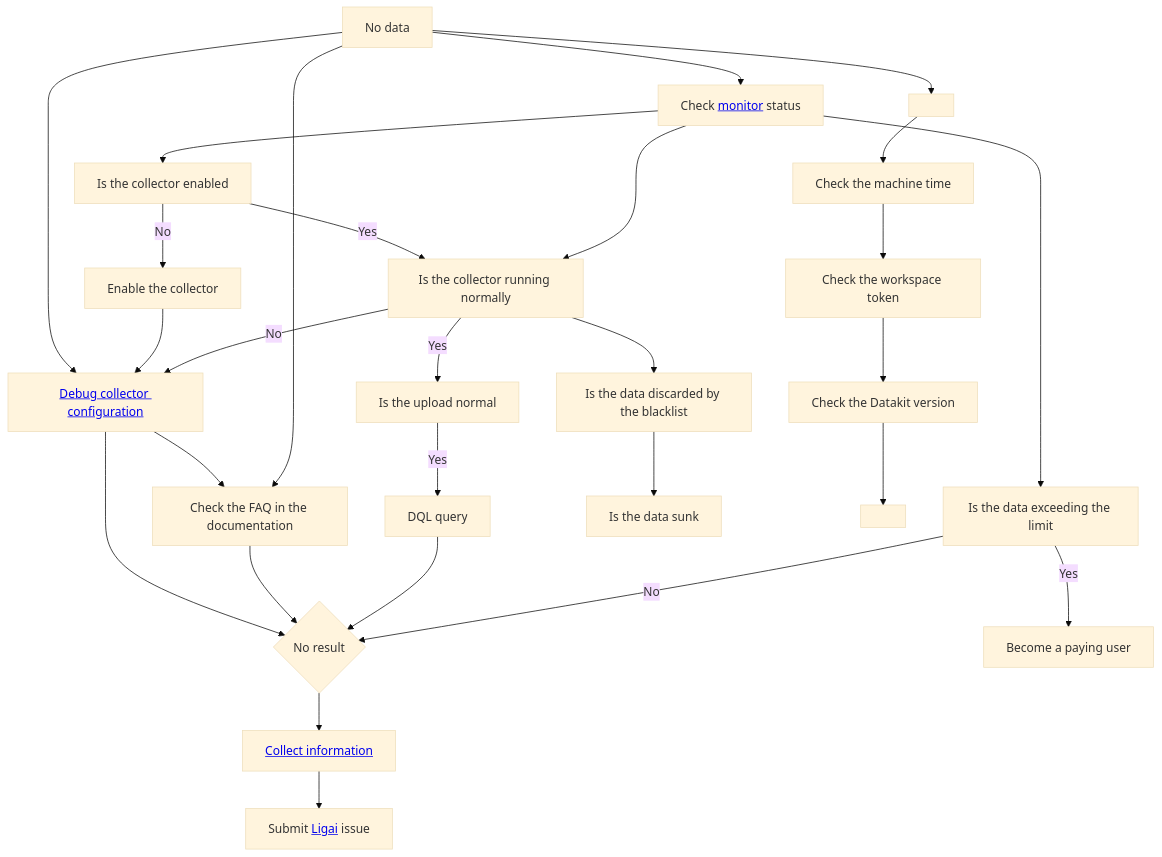
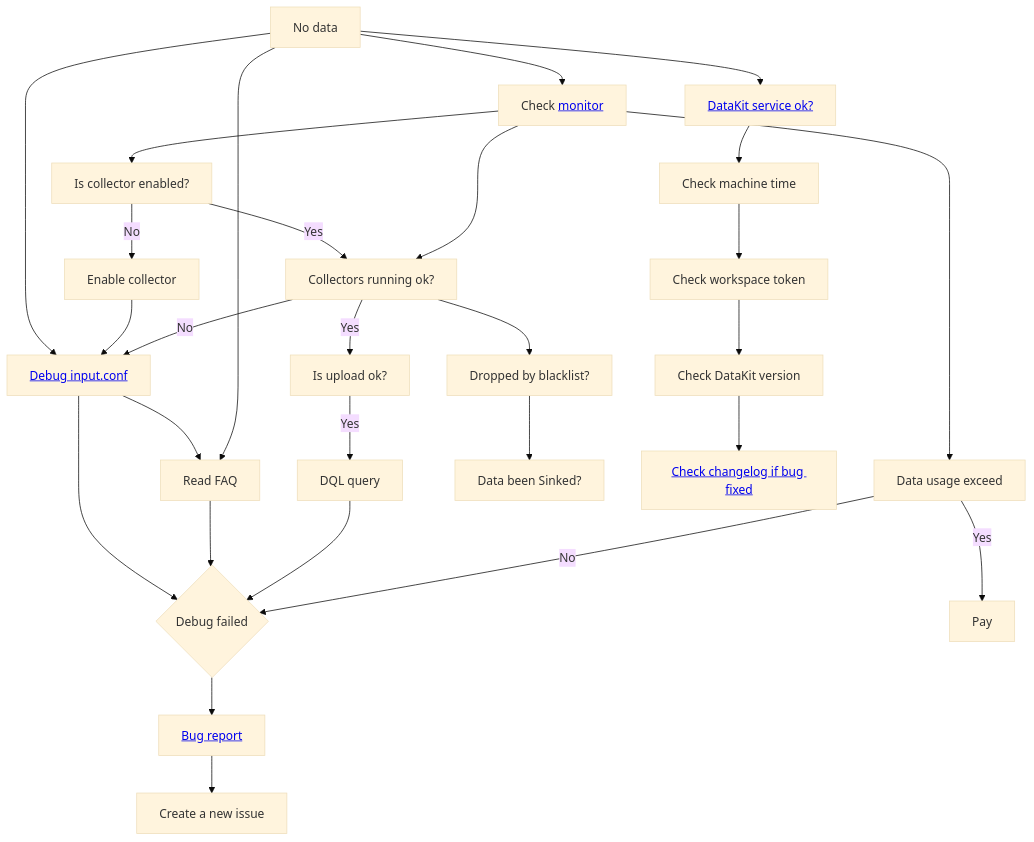
Before and after one commit to GuanceCloud/datakit: the diagram in internal/export/doc/en/why-no-data.md, drawn with Mermaid (base theme). The commit also changed other lines of this file and 325 other files, not shown here.

````diff
--- a/internal/export/doc/en/why-no-data.md
+++ b/internal/export/doc/en/why-no-data.md
@@ -571,50 +571,50 @@
 ``` mermaid
 graph TD
   %% node definitions
   no_data[No data];
-  debug_fail{No result};
-  monitor[Check <a href='https://docs.<<<custom_key.brand_main_domain>>>/datakit/datakit-monitor/'>monitor</a>  status];
-  debug_input[<a href='https://docs.<<<custom_key.brand_main_domain>>>/datakit/why-no-data/#check-input-conf'>Debug collector configuration</a>];
-  read_faq[Check the FAQ in the documentation];
+  debug_fail{Debug failed};
+  monitor[Check <a href='https://docs.<<<custom_key.brand_main_domain>>>/datakit/datakit-monitor/'>monitor</a>];
+  debug_input[<a href='https://docs.<<<custom_key.brand_main_domain>>>/datakit/why-no-data/#check-input-conf'>Debug input.conf</a>];
+  read_faq[Read FAQ];
   dql[DQL query];
-  beyond_usage[Is the data exceeding the limit];
-  pay[Become a paying user];
-  filtered[Is the data discarded by the blacklist];
-  sinked[Is the data sunk];
-  check_time[Check the machine time];
-  check_token[Check the workspace token];
-  check_version[Check the Datakit version];
-  dk_service_ok[<a href='https://docs.<<<custom_key.brand_main_domain>>>/datakit/datakit-service-how-to/&#39;&gt;Is the Datakit service running normally</a>];
-  check_changelog[<a href='https://docs.<<<custom_key.brand_main_domain>>>/datakit/changelog&#39;&gt;Check if the issue has been fixed in the changelog</a>];
-  is_input_ok[Is the collector running normally];
-  is_input_enabled[Is the collector enabled];
-  enable_input[Enable the collector];
-  dataway_upload_ok[Is the upload normal];
-  ligai[Submit <a href='https://ligai.cn/'>Ligai</a>  issue];
+  beyond_usage[Data usage exceed];
+  pay[Pay];
+  filtered[Dropped by blacklist?];
+  sinked[Data been Sinked?];
+  check_time[Check machine time];
+  check_token[Check workspace token];
+  check_version[Check DataKit version];
+  dk_service_ok[<a href='https://docs.<<<custom_key.brand_main_domain>>>/datakit/datakit-service-how-to/'>DataKit service ok?</a>];
+  check_changelog[<a href='https://docs.<<<custom_key.brand_main_domain>>>/datakit/changelog'>Check changelog if bug fixed</a>];
+  is_input_ok[Collectors running ok?];
+  is_input_enabled[Is collector enabled?];
+  enable_input[Enable collector];
+  dataway_upload_ok[Is upload ok?];
+  iss[Create a new issue];
 
   no_data --> dk_service_ok --> check_time --> check_token --> check_version --> check_changelog;
 
   no_data --> monitor;
   no_data --> debug_input --> debug_fail;
   debug_input --> read_faq;
   no_data --> read_faq --> debug_fail;
   dql --> debug_fail;
 
   monitor --> beyond_usage -->|No| debug_fail;
   beyond_usage -->|Yes| pay;
 
   monitor --> is_input_enabled;
 
   is_input_enabled -->|Yes| is_input_ok;
   is_input_enabled -->|No| enable_input --> debug_input;
 
   monitor --> is_input_ok -->|No| debug_input;
 
   is_input_ok -->|Yes| dataway_upload_ok -->|Yes| dql;
   is_input_ok --> filtered --> sinked;
 
-  trouble_shooting[<a href='https://docs.<<<custom_key.brand_main_domain>>>/datakit/why-no-data/#bug-report'>Collect information</a>];
+  trouble_shooting[<a href='https://docs.<<<custom_key.brand_main_domain>>>/datakit/why-no-data/#bug-report'>Bug report</a>];
 
   debug_fail --> trouble_shooting;
-  trouble_shooting --> ligai;
+  trouble_shooting --> iss;
 ```
````
